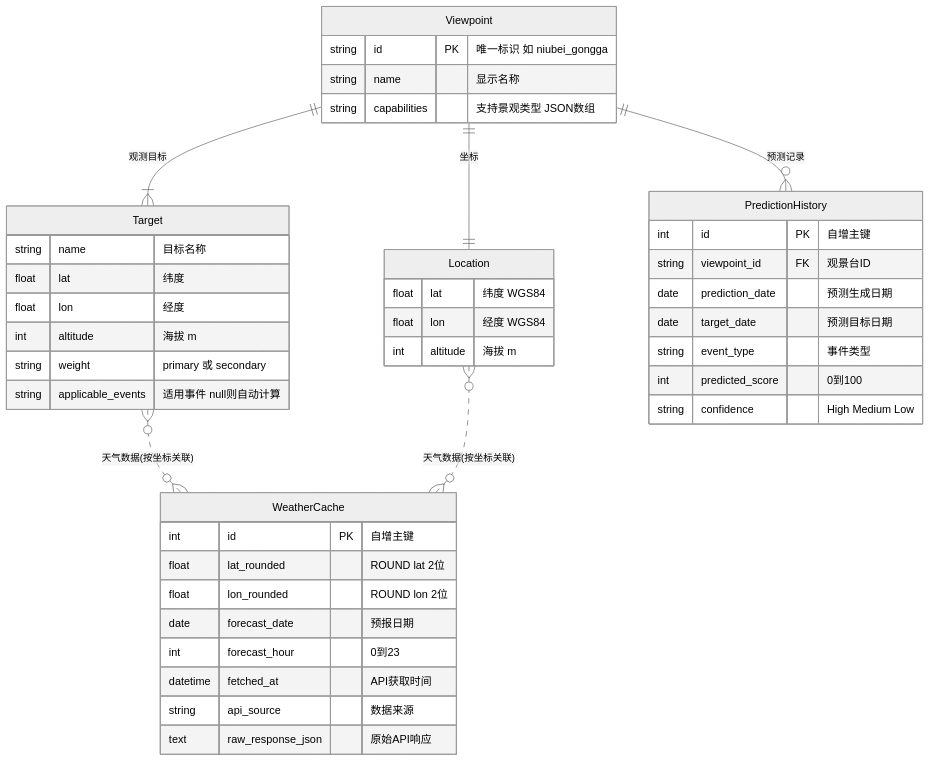
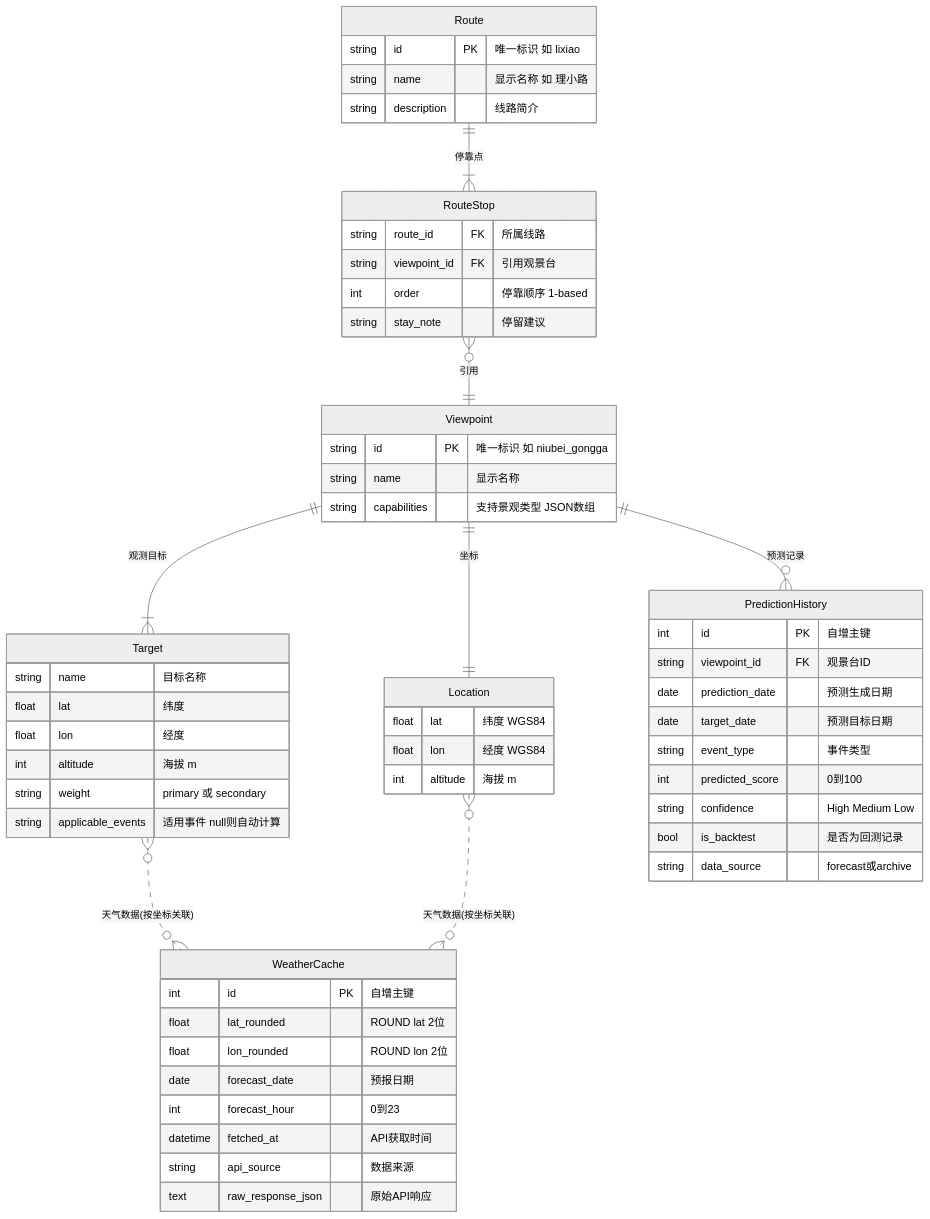
Before and after one commit to mpb159753/golden-moment-predictor: the diagram in design/02-data-model.md, drawn with Mermaid (neutral theme). The commit also changed other lines of this file and 9 other files, not shown here.

````diff
--- a/design/02-data-model.md
+++ b/design/02-data-model.md
@@ -5,46 +5,61 @@
 ```mermaid
 erDiagram
     Viewpoint ||--|| Location : "坐标"
     Viewpoint ||--|{ Target : "观测目标"
     Viewpoint ||--o{ PredictionHistory : "预测记录"
+    Route ||--|{ RouteStop : "停靠点"
+    RouteStop }o--|| Viewpoint : "引用"
     Target }o..o{ WeatherCache : "天气数据(按坐标关联)"
     Location }o..o{ WeatherCache : "天气数据(按坐标关联)"
 
+    Route {
+        string id PK "唯一标识 如 lixiao"
+        string name "显示名称 如 理小路"
+        string description "线路简介"
+    }
+    RouteStop {
+        string route_id FK "所属线路"
+        string viewpoint_id FK "引用观景台"
+        int order "停靠顺序 1-based"
+        string stay_note "停留建议"
+    }
     Viewpoint {
         string id PK "唯一标识 如 niubei_gongga"
         string name "显示名称"
         string capabilities "支持景观类型 JSON数组"
     }
     Location {
         float lat "纬度 WGS84"
         float lon "经度 WGS84"
         int altitude "海拔 m"
     }
     Target {
         string name "目标名称"
         float lat "纬度"
         float lon "经度"
         int altitude "海拔 m"
         string weight "primary 或 secondary"
         string applicable_events "适用事件 null则自动计算"
     }
     WeatherCache {
         int id PK "自增主键"
         float lat_rounded "ROUND lat 2位"
         float lon_rounded "ROUND lon 2位"
         date forecast_date "预报日期"
         int forecast_hour "0到23"
         datetime fetched_at "API获取时间"
         string api_source "数据来源"
         text raw_response_json "原始API响应"
     }
     PredictionHistory {
         int id PK "自增主键"
         string viewpoint_id FK "观景台ID"
         date prediction_date "预测生成日期"
         date target_date "预测目标日期"
         string event_type "事件类型"
         int predicted_score "0到100"
         string confidence "High Medium Low"
+        bool is_backtest "是否为回测记录"
+        string data_source "forecast或archive"
     }
 ```
````
